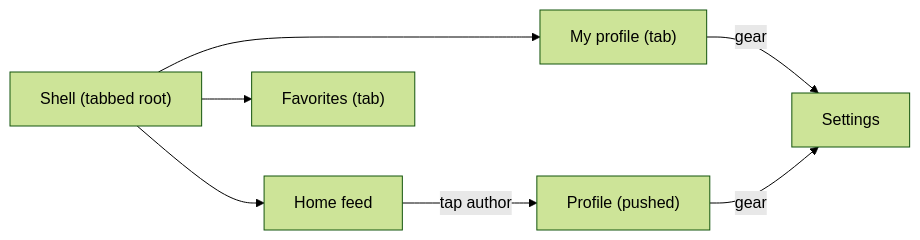
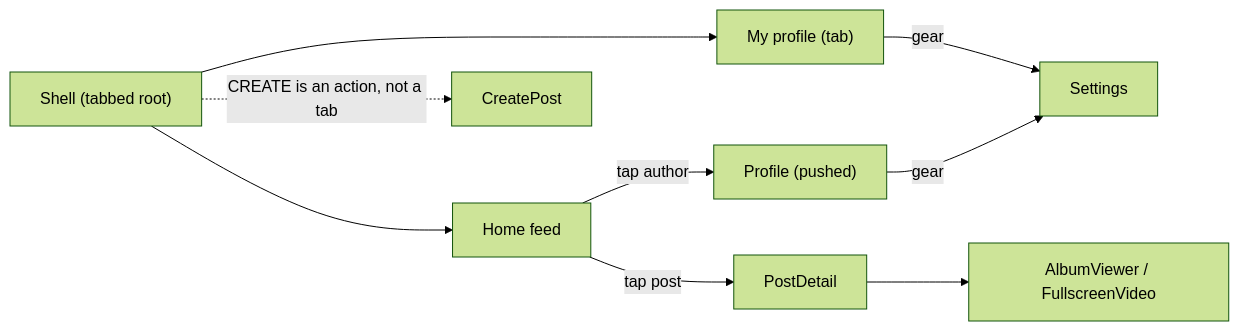
One commit to Benjiko99/android-sample-compose changed the third of 3 diagrams in README.md. Above: the diagram before and after it, drawn with Mermaid (forest theme). The commit also changed other lines of this file and 8 other files, not shown here.

````diff
--- a/README.md
+++ b/README.md
@@ -50,9 +100,11 @@
 ```mermaid
 graph LR
     Shell["Shell (tabbed root)"] --> Home["Home feed"]
     Shell --> MyProfile["My profile (tab)"]
-    Shell --> Favs["Favorites (tab)"]
+    Shell -.->|CREATE is an action, not a tab| Composer["CreatePost"]
     Home -->|tap author| Pushed["Profile (pushed)"]
+    Home -->|tap post| Detail["PostDetail"]
+    Detail --> Album["AlbumViewer / FullscreenVideo"]
     MyProfile -->|gear| Settings
     Pushed -->|gear| Settings
 ```
````
